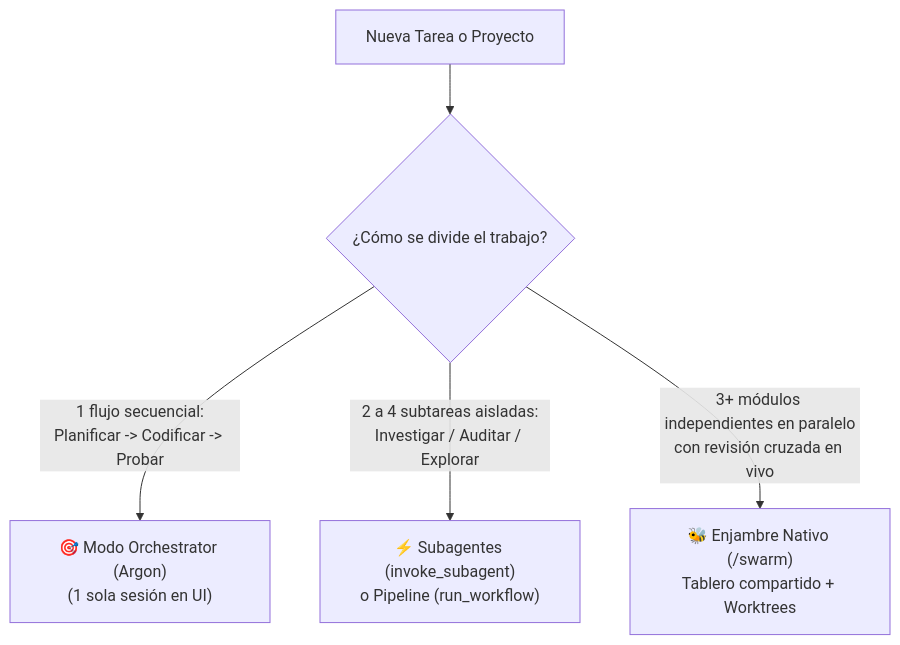
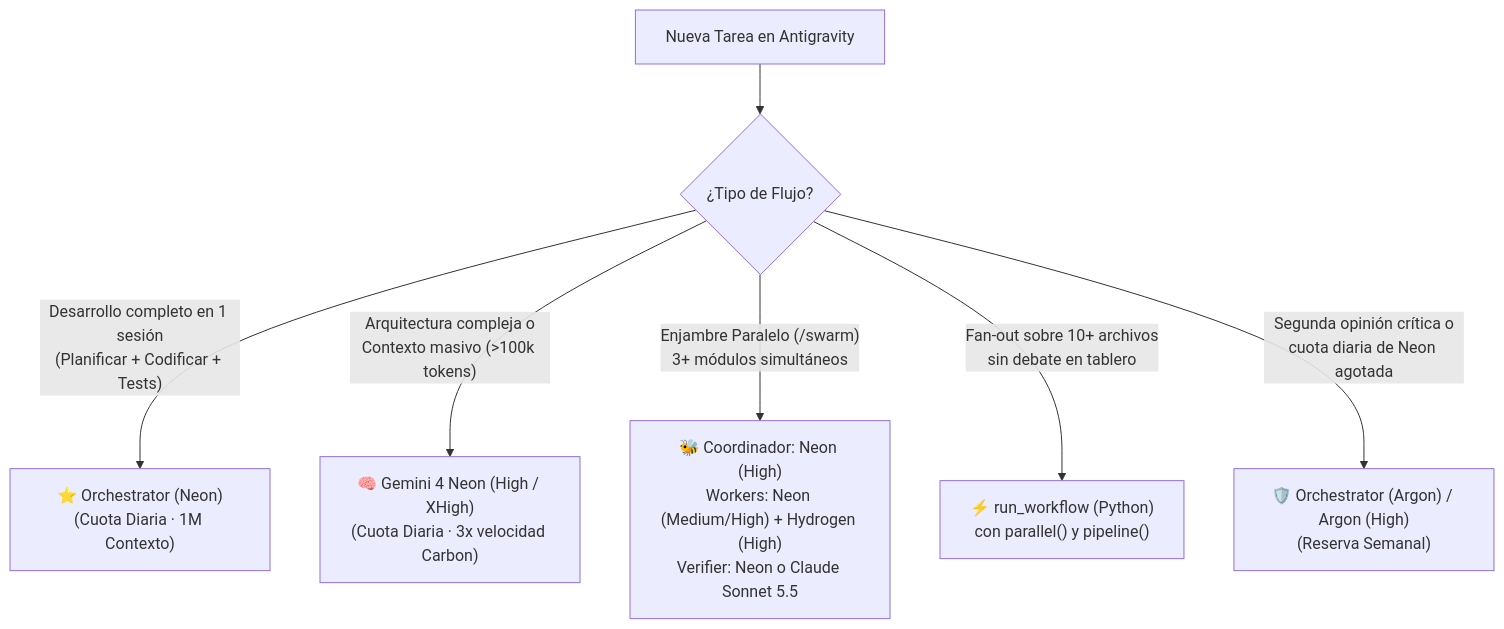
Before and after one commit to rogerrcarvajal/antigravity-deep-configuration: the diagram in .agents/skills/gemini4-orchestrator-swarm/SKILL.md, drawn with Mermaid. The commit also changed other lines of this file and 12 other files, not shown here.

Commit message:
feat(neon): incorporar Gemini 4 Neon (1M tokens, cuota diaria) y Orchestrator (Neon) en gemini4-orchestrator-swarm y /swarm-pro

````diff
--- a/.agents/skills/gemini4-orchestrator-swarm/SKILL.md
+++ b/.agents/skills/gemini4-orchestrator-swarm/SKILL.md
@@ -29,7 +39,9 @@
 ```mermaid
 flowchart TD
-    A["Nueva Tarea o Proyecto"] --> B{"¿Cómo se divide el trabajo?"}
-    B -->|"1 flujo secuencial:<br/>Planificar -> Codificar -> Probar"| C["🎯 Modo Orchestrator (Argon)<br/>(1 sola sesión en UI)"]
-    B -->|"2 a 4 subtareas aisladas:<br/>Investigar / Auditar / Explorar"| D["⚡ Subagentes (invoke_subagent)<br/>o Pipeline (run_workflow)"]
-    B -->|"3+ módulos independientes en paralelo<br/>con revisión cruzada en vivo"| E["🐝 Enjambre Nativo (/swarm)<br/>Tablero compartido + Worktrees"]
+    A["Nueva Tarea en Antigravity"] --> B{"¿Tipo de Flujo?"}
+    B -->|"Desarrollo completo en 1 sesión<br/>(Planificar + Codificar + Tests)"| C["⭐ Orchestrator (Neon)<br/>(Cuota Diaria · 1M Contexto)"]
+    B -->|"Arquitectura compleja o<br/>Contexto masivo (>100k tokens)"| D["🧠 Gemini 4 Neon (High / XHigh)<br/>(Cuota Diaria · 3x velocidad Carbon)"]
+    B -->|"Enjambre Paralelo (/swarm)<br/>3+ módulos simultáneos"| E["🐝 Coordinador: Neon (High)<br/>Workers: Neon (Medium/High) + Hydrogen (High)<br/>Verifier: Neon o Claude Sonnet 5.5"]
+    B -->|"Fan-out sobre 10+ archivos<br/>sin debate en tablero"| F["⚡ run_workflow (Python)<br/>con parallel() y pipeline()"]
+    B -->|"Segunda opinión crítica o<br/>cuota diaria de Neon agotada"| G["🛡️ Orchestrator (Argon) / Argon (High)<br/>(Reserva Semanal)"]
 ```
````
